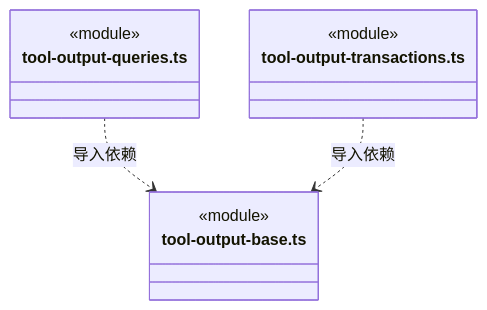
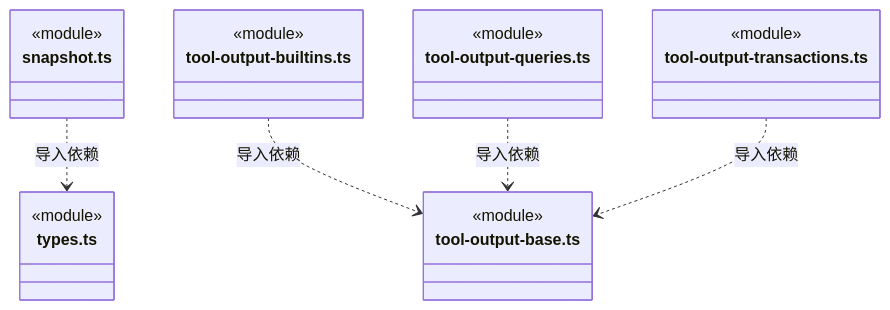
Before and after one commit to nan023062/cbim: diagram 31 of 31 in src/backend/core/knowledge/ARCHITECTURE.md, drawn with Mermaid. The commit also changed other lines of this file and 36 other files, not shown here.

````diff
--- a/src/backend/core/knowledge/ARCHITECTURE.md
+++ b/src/backend/core/knowledge/ARCHITECTURE.md
@@ -694,14 +727,25 @@
 ```mermaid
 classDiagram
-class N_src_backend_core_knowledge_tool_output_queries_ts["tool-output-queries.ts"] {
+class N_src_backend_core_knowledge_snapshot_ts["snapshot.ts"] {
+  <<module>>
+}
+class N_src_backend_core_knowledge_types_ts["types.ts"] {
+  <<module>>
+}
+class N_src_backend_core_knowledge_tool_output_builtins_ts["tool-output-builtins.ts"] {
   <<module>>
 }
 class N_src_backend_core_knowledge_tool_output_base_ts["tool-output-base.ts"] {
   <<module>>
 }
+class N_src_backend_core_knowledge_tool_output_queries_ts["tool-output-queries.ts"] {
+  <<module>>
+}
 class N_src_backend_core_knowledge_tool_output_transactions_ts["tool-output-transactions.ts"] {
   <<module>>
 }
+N_src_backend_core_knowledge_snapshot_ts ..> N_src_backend_core_knowledge_types_ts : 导入依赖
+N_src_backend_core_knowledge_tool_output_builtins_ts ..> N_src_backend_core_knowledge_tool_output_base_ts : 导入依赖
 N_src_backend_core_knowledge_tool_output_queries_ts ..> N_src_backend_core_knowledge_tool_output_base_ts : 导入依赖
 N_src_backend_core_knowledge_tool_output_transactions_ts ..> N_src_backend_core_knowledge_tool_output_base_ts : 导入依赖
 ```
````
